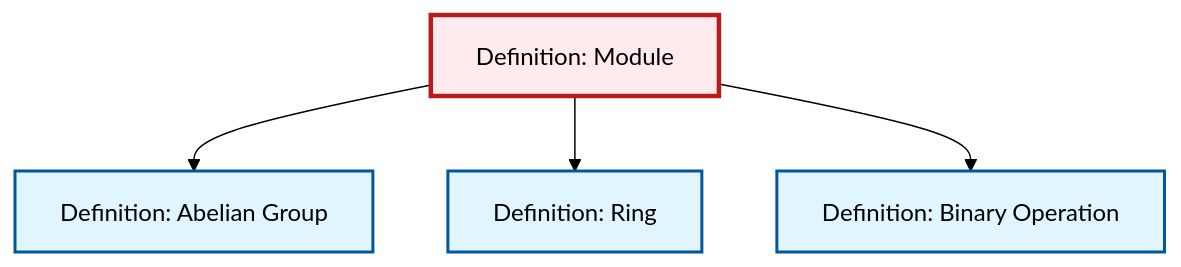
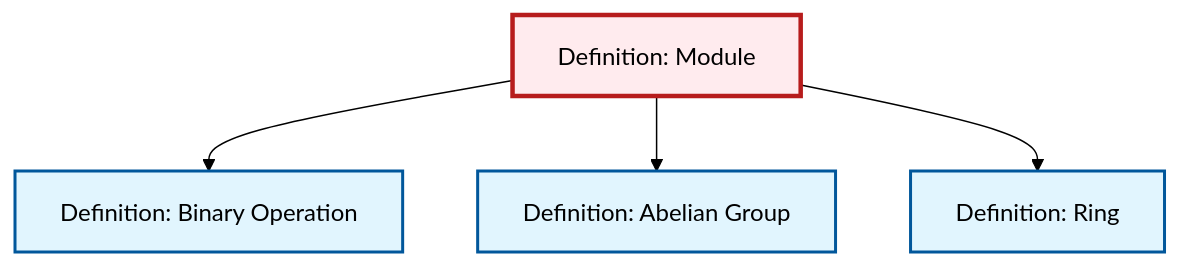
The diagram in output/mermaid/def-module.mermaid (RK0429/ModernMath), drawn with Mermaid (forest theme) before and after one commit. The commit also changed other lines of this file and 1914 other files, not shown here.

```diff
--- a/output/mermaid/def-module.mermaid
+++ b/output/mermaid/def-module.mermaid
@@ -1,15 +1,15 @@
 %%| fig-cap: "Local dependency graph"
 graph TD
     classDef definition fill:#e1f5fe,stroke:#01579b,stroke-width:2px
     classDef theorem fill:#f3e5f5,stroke:#4a148c,stroke-width:2px
     classDef axiom fill:#fff3e0,stroke:#e65100,stroke-width:2px
     classDef example fill:#e8f5e9,stroke:#1b5e20,stroke-width:2px
     classDef current fill:#ffebee,stroke:#b71c1c,stroke-width:3px
     def-binary-operation["Definition: Binary Operation"]:::definition
+    def-ring["Definition: Ring"]:::definition
+    def-abelian-group["Definition: Abelian Group"]:::definition
     def-module["Definition: Module"]:::definition
-    def-abelian-group["Definition: Abelian Group"]:::definition
-    def-ring["Definition: Ring"]:::definition
+    def-module --> def-binary-operation
     def-module --> def-abelian-group
     def-module --> def-ring
-    def-module --> def-binary-operation
     class def-module current
```
